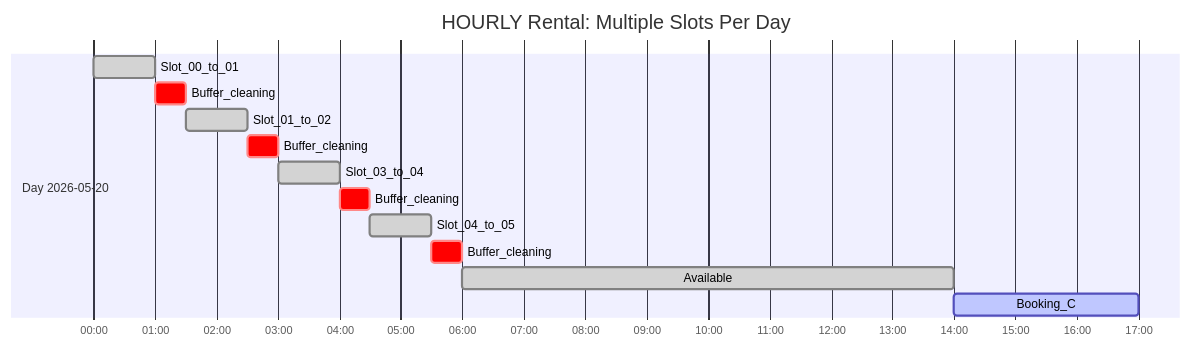
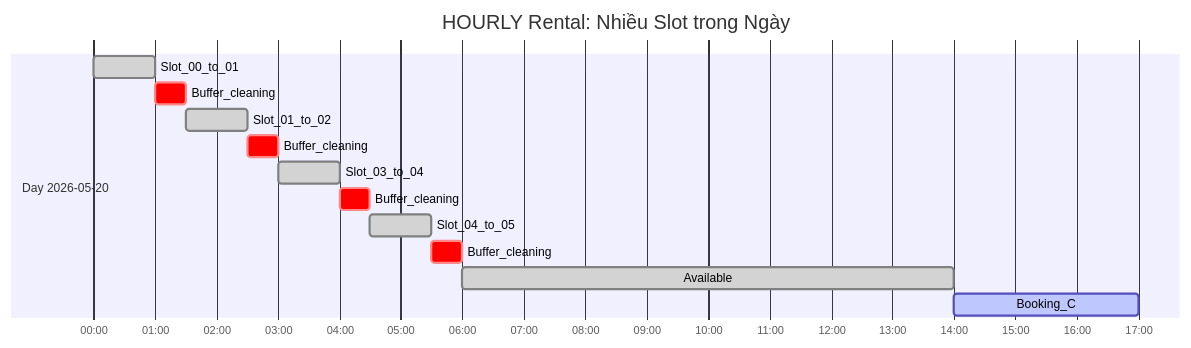
Before and after one commit to PhamVietHoangFPT/databaseHomi: the tenth of 54 diagrams in Mermaid.md, drawn with Mermaid. The commit also changed other lines of this file and 3 other files, not shown here.

````diff
--- a/Mermaid.md
+++ b/Mermaid.md
@@ -434,18 +434,18 @@
 ```mermaid
 gantt
-    title HOURLY Rental: Multiple Slots Per Day
+    title HOURLY Rental: Nhiều Slot trong Ngày
     dateFormat  YYYY-MM-DD HH:mm
     axisFormat  %H:%M
 
     section Day 2026-05-20
     Slot_00_to_01    :done,    s1, 2026-05-20 00:00, 1h
     Buffer_cleaning  :crit,    b1, 2026-05-20 01:00, 30m
     Slot_01_to_02    :done,    s2, 2026-05-20 01:30, 1h
     Buffer_cleaning  :crit,    b2, 2026-05-20 02:30, 30m
     Slot_03_to_04    :done,    s3, 2026-05-20 03:00, 1h
     Buffer_cleaning  :crit,    b3, 2026-05-20 04:00, 30m
     Slot_04_to_05    :done,    s4, 2026-05-20 04:30, 1h
     Buffer_cleaning  :crit,    b5, 2026-05-20 05:30, 30m
     Available        :done,    s6, 2026-05-20 06:00, 8h
     Booking_C        :active,  s7, 2026-05-20 14:00, 3h
 ```
````
